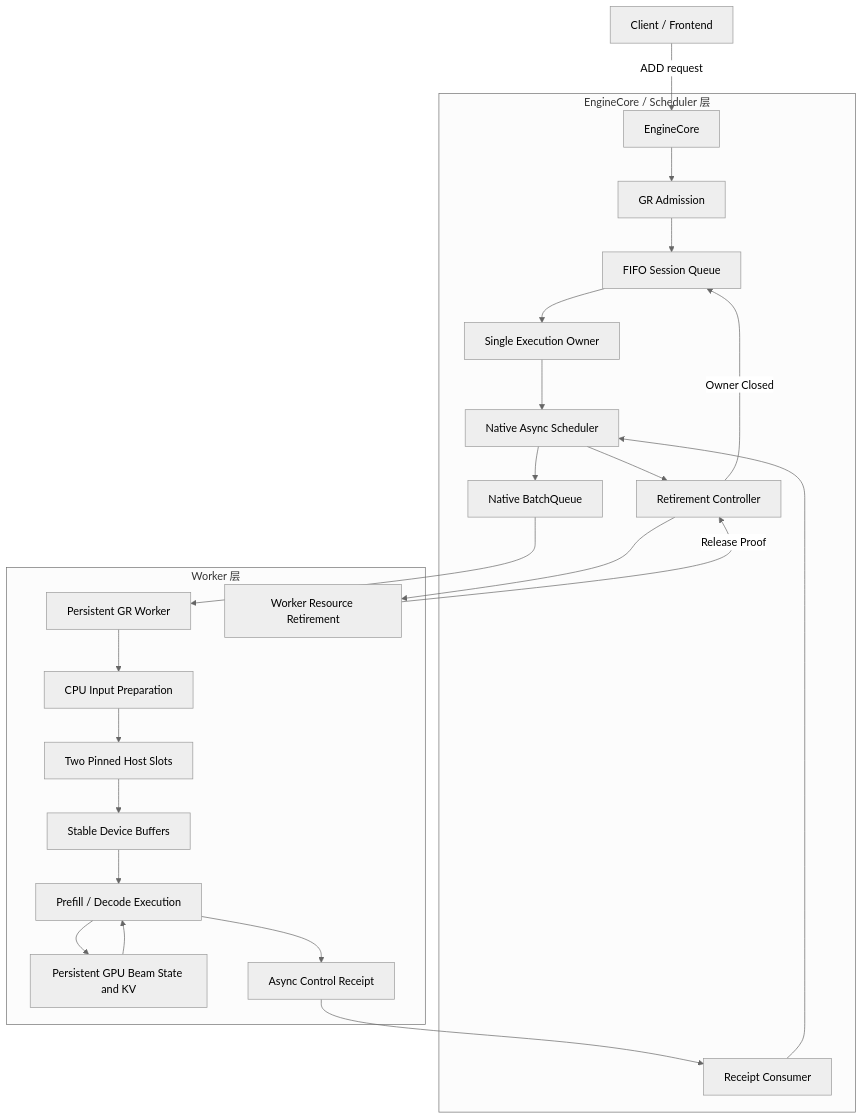
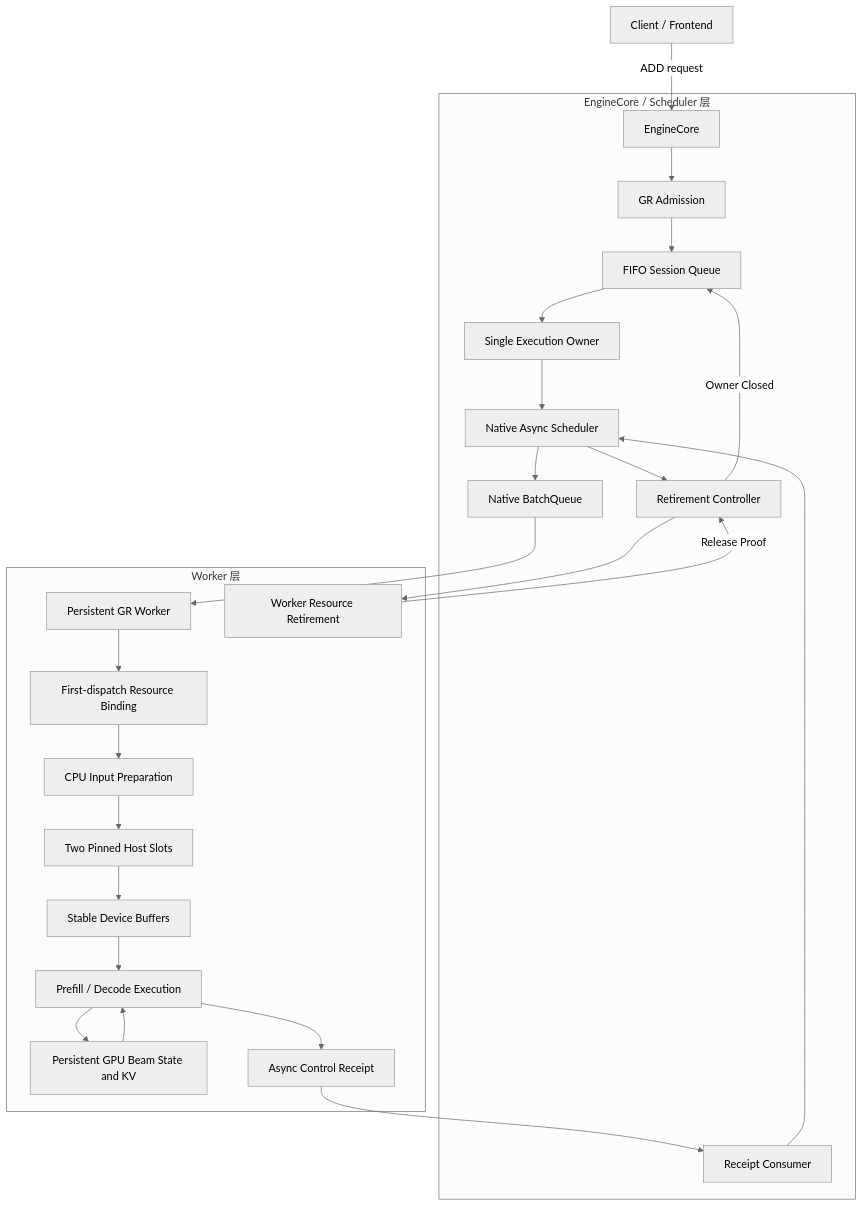
Before and after one commit to ZhiYunpenghuawei/p1: the first of 9 diagrams in Async_schedule_design.md, drawn with Mermaid (neutral theme). The commit also changed other lines of this file, not shown here.

````diff
--- a/Async_schedule_design.md
+++ b/Async_schedule_design.md
@@ -40,30 +40,31 @@
 ```mermaid
 flowchart TD
     C[Client / Frontend] -->|ADD request| E[EngineCore]
 
     subgraph ES[EngineCore / Scheduler 层]
         E --> A[GR Admission]
         A --> F[FIFO Session Queue]
         F --> O[Single Execution Owner]
         O --> S[Native Async Scheduler]
         S --> Q[Native BatchQueue]
         R[Receipt Consumer] --> S
         S --> T[Retirement Controller]
     end
 
     subgraph WK[Worker 层]
         Q --> W[Persistent GR Worker]
-        W --> CP[CPU Input Preparation]
+        W --> RB[First-dispatch Resource Binding]
+        RB --> CP[CPU Input Preparation]
         CP --> H[Two Pinned Host Slots]
         H --> DB[Stable Device Buffers]
         DB --> X[Prefill / Decode Execution]
         X --> B[Persistent GPU Beam State and KV]
         B --> X
         X --> CR[Async Control Receipt]
         T --> RT[Worker Resource Retirement]
     end
 
     CR --> R
     RT -->|Release Proof| T
     T -->|Owner Closed| F
 ```
````
